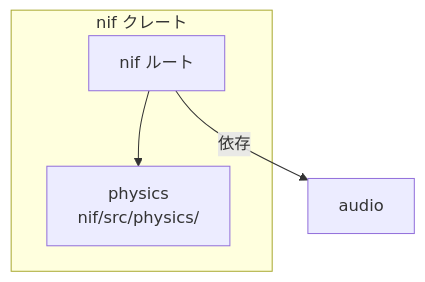
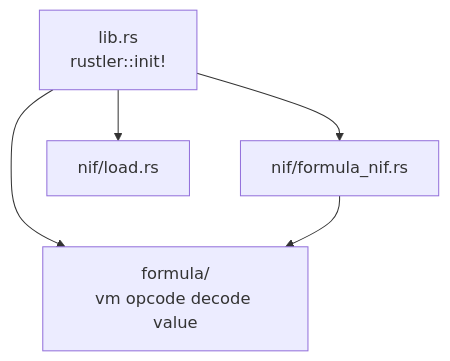
One commit to FRICK-ELDY/alchemy-engine changed the diagram in docs/architecture/rust/nif.md. Above: the diagram before and after it, drawn with Mermaid. The commit also changed other lines of this file and 11 other files, not shown here.

Commit message:
docs(architecture): 現行構成（Formula NIF・Elixir tick・3 コンテンツ）に合わせて更新

````diff
--- a/docs/architecture/rust/nif.md
+++ b/docs/architecture/rust/nif.md
@@ -15,11 +19,12 @@
 ```mermaid
 graph TB
-    subgraph NIF_CRATE[nif クレート]
-        NIF[nif ルート]
-        PHYSICS[physics<br/>nif/src/physics/]
-    end
-    AUDIO[audio]
+    LIB[lib.rs<br/>rustler::init!]
+    F[formula/<br/>vm opcode decode value]
+    FN[nif/formula_nif.rs]
+    LD[nif/load.rs]
 
-    NIF --> PHYSICS
-    NIF -->|依存| AUDIO
+    LIB --> F
+    LIB --> FN
+    LIB --> LD
+    FN --> F
 ```
````
